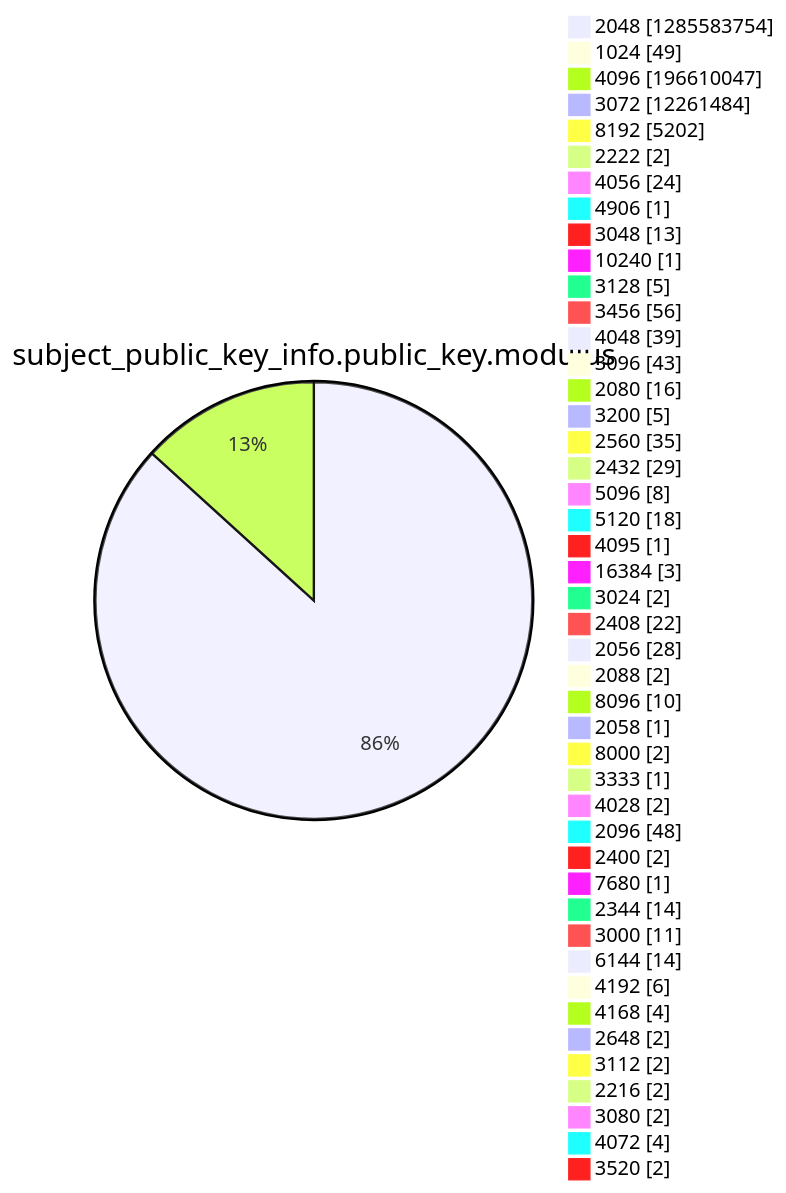
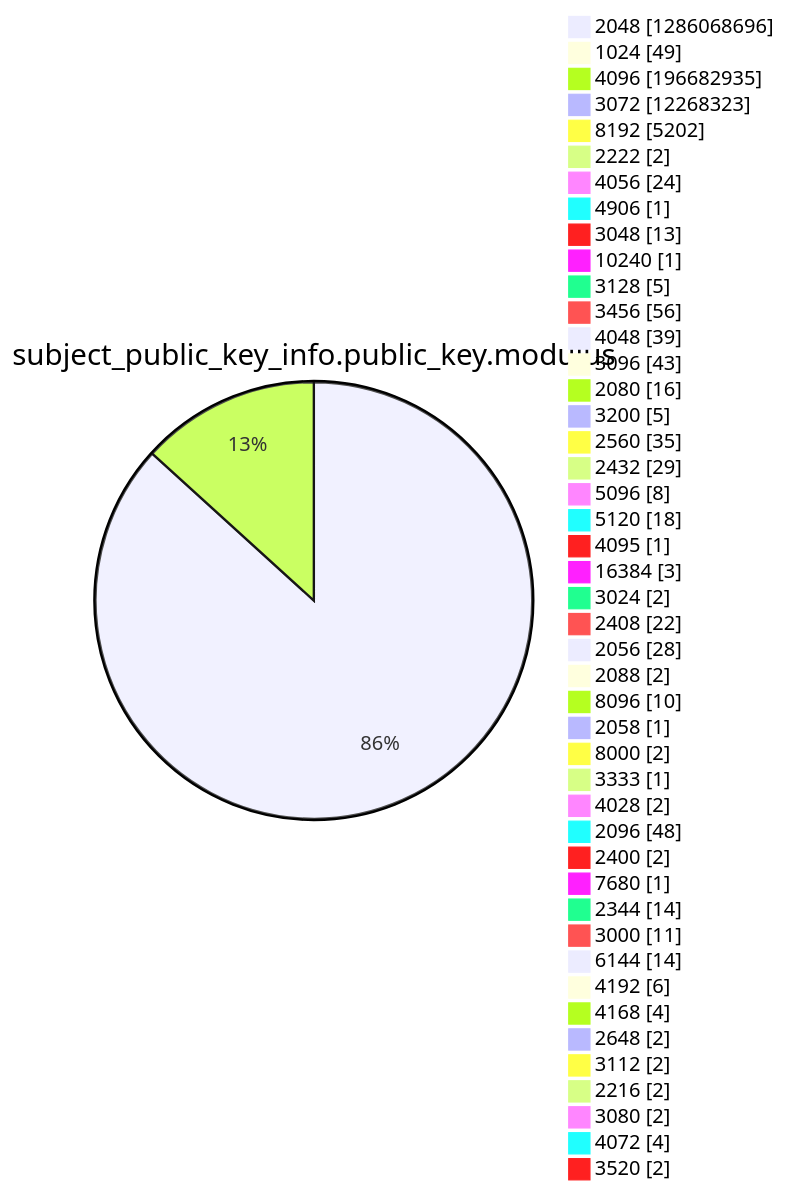
Diagram 13 of 15 in xenon2022/README.md (christiankrug/ctmonitor_visualization), drawn with Mermaid before and after one commit. The commit also changed other lines of this file, not shown here.

````diff
--- a/xenon2022/README.md
+++ b/xenon2022/README.md
@@ -3920,49 +3920,49 @@
 ```mermaid
 pie showData
 title subject_public_key_info.public_key.modulus
-"2048" :1285583754
+"2048" :1286068696
 "1024" :49
-"4096" :196610047
-"3072" :12261484
+"4096" :196682935
+"3072" :12268323
 "8192" :5202
 "2222" :2
 "4056" :24
 "4906" :1
 "3048" :13
 "10240" :1
 "3128" :5
 "3456" :56
 "4048" :39
 "3096" :43
 "2080" :16
 "3200" :5
 "2560" :35
 "2432" :29
 "5096" :8
 "5120" :18
 "4095" :1
 "16384" :3
 "3024" :2
 "2408" :22
 "2056" :28
 "2088" :2
 "8096" :10
 "2058" :1
 "8000" :2
 "3333" :1
 "4028" :2
 "2096" :48
 "2400" :2
 "7680" :1
 "2344" :14
 "3000" :11
 "6144" :14
 "4192" :6
 "4168" :4
 "2648" :2
 "3112" :2
 "2216" :2
 "3080" :2
 "4072" :4
 "3520" :2
 ```
````
